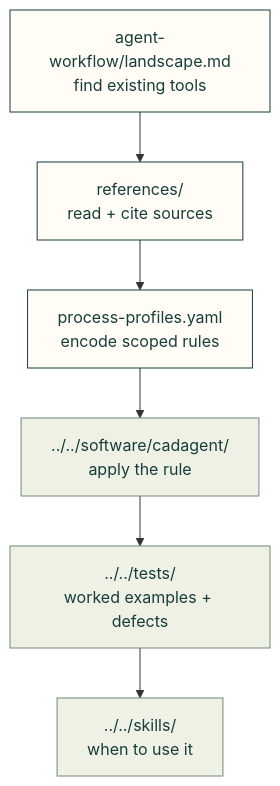
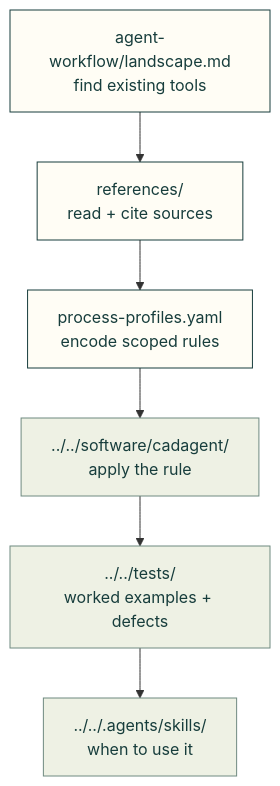
One commit to Valpatel/cad-agent changed the diagram in docs/research/README.md. Above: the diagram before and after it, drawn with Mermaid. The commit also changed 2 other files, not shown here.

Commit message:
Reconcile the current hierarchy and intentional lesson aliases

````diff
--- a/docs/research/README.md
+++ b/docs/research/README.md
@@ -7,12 +7,12 @@
 ```mermaid
 flowchart TD
     L["agent-workflow/landscape.md<br/>find existing tools"] --> R["references/<br/>read + cite sources"]
     R --> P["process-profiles.yaml<br/>encode scoped rules"]
     P --> C["../../software/cadagent/<br/>apply the rule"]
     C --> T["../../tests/<br/>worked examples + defects"]
-    T --> S["../../skills/<br/>when to use it"]
+    T --> S["../../.agents/skills/<br/>when to use it"]
     classDef here fill:#fffdf5,stroke:#173d3c,color:#173d3c
     classDef near fill:#eef1e4,stroke:#6f8a80,color:#173d3c
     class L,R,P here
     class C,T,S near
 ```
````
